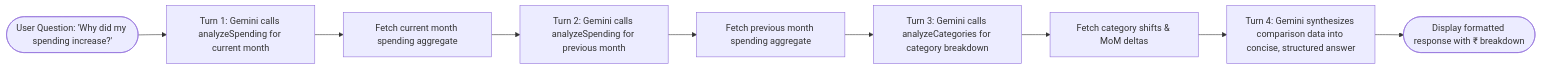
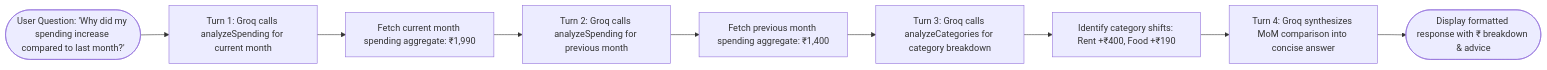
The third of 4 diagrams in README.md (anshbhatnagara-gif/Smart-Personal-Finance-Dashboard-), drawn with Mermaid before and after one commit. The commit also changed other lines of this file and 14 other files, not shown here.

Commit message:
feat(ai): complete migration to Groq AI with multi-turn tool calling, live context injection, and comprehensive system documentation

````diff
--- a/README.md
+++ b/README.md
@@ -95,11 +128,11 @@
 ```mermaid
 flowchart LR
-    Start([User Question: 'Why did my spending increase?']) --> Turn1[Turn 1: Gemini calls analyzeSpending for current month]
-    Turn1 --> Handlers1[Fetch current month spending aggregate]
-    Handlers1 --> Turn2[Turn 2: Gemini calls analyzeSpending for previous month]
-    Turn2 --> Handlers2[Fetch previous month spending aggregate]
-    Handlers2 --> Turn3[Turn 3: Gemini calls analyzeCategories for category breakdown]
-    Turn3 --> Handlers3[Fetch category shifts & MoM deltas]
-    Handlers3 --> FinalTurn[Turn 4: Gemini synthesizes comparison data into concise, structured answer]
-    FinalTurn --> Output([Display formatted response with ₹ breakdown])
+    Start([User Question: 'Why did my spending increase compared to last month?']) --> Turn1[Turn 1: Groq calls analyzeSpending for current month]
+    Turn1 --> Handler1[Fetch current month spending aggregate: ₹1,990]
+    Handler1 --> Turn2[Turn 2: Groq calls analyzeSpending for previous month]
+    Turn2 --> Handler2[Fetch previous month spending aggregate: ₹1,400]
+    Handler2 --> Turn3[Turn 3: Groq calls analyzeCategories for category breakdown]
+    Turn3 --> Handler3[Identify category shifts: Rent +₹400, Food +₹190]
+    Handler3 --> FinalTurn[Turn 4: Groq synthesizes MoM comparison into concise answer]
+    FinalTurn --> Output([Display formatted response with ₹ breakdown & advice])
 ```
````
